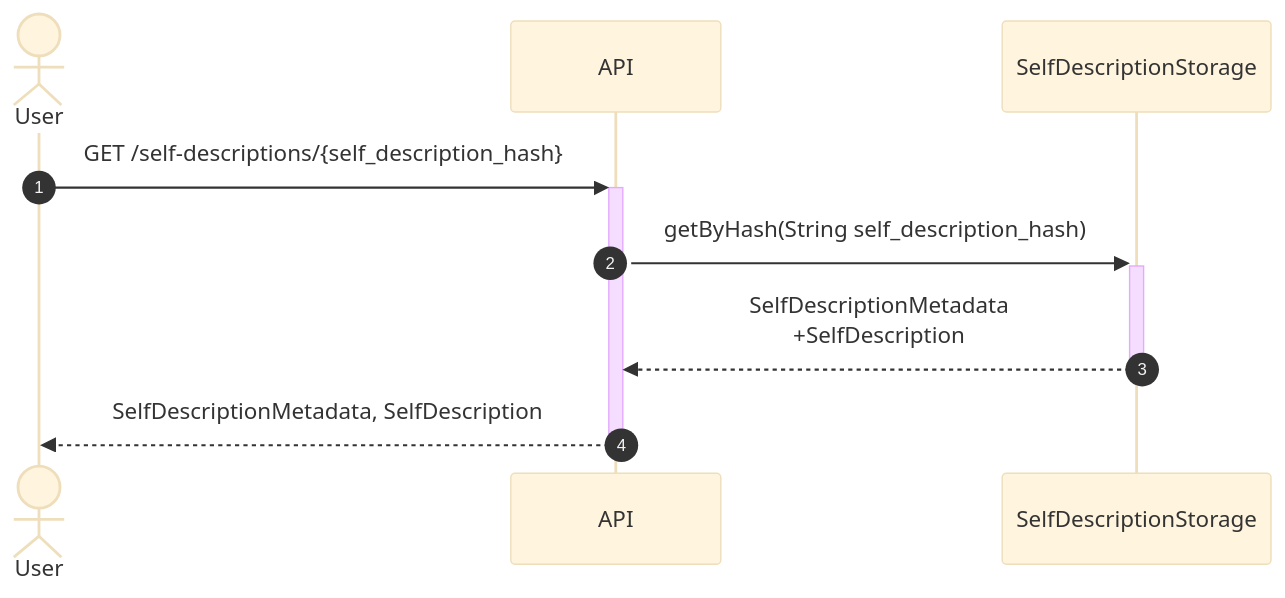
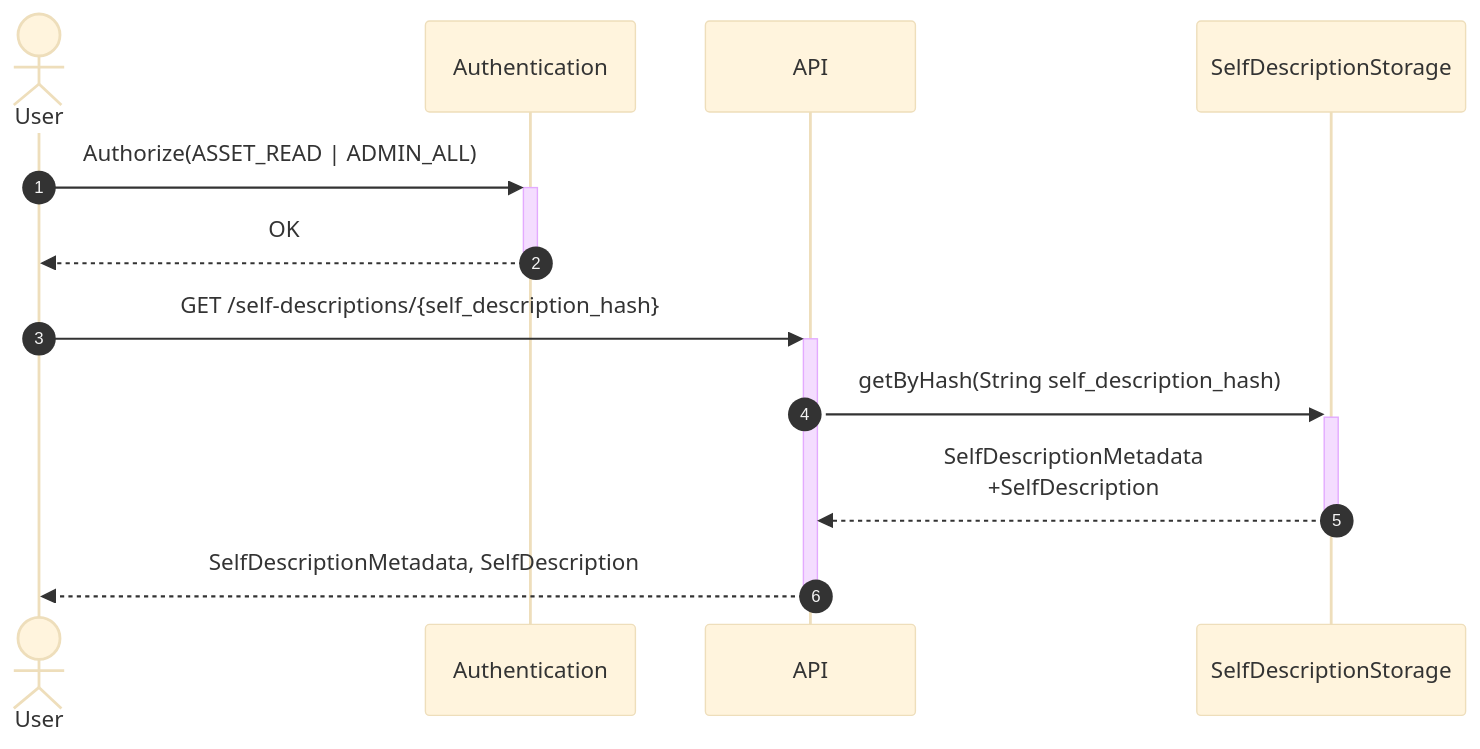
One commit to federated-catalogue-enhancements-2026/docs changed diagram 16 of 34 in federated-catalogue/src/docs/architecture/chapters/06_runtime_view.adoc. Above: the diagram before and after it, drawn with Mermaid (base theme). The commit also changed other lines of this file and 2 other files, not shown here.

```diff
--- a/federated-catalogue/src/docs/architecture/chapters/06_runtime_view.adoc
+++ b/federated-catalogue/src/docs/architecture/chapters/06_runtime_view.adoc
@@ -552,12 +558,15 @@
 [mermaid, width=2000]
 ....
 sequenceDiagram
     autonumber
     actor User
+    participant Auth as Authentication
     participant API
     participant SDStore as SelfDescriptionStorage
+    User ->> + Auth:Authorize(ASSET_READ | ADMIN_ALL)
+    Auth -->> - User:OK
     User ->> + API:GET /self-descriptions/{self_description_hash}
     API ->> + SDStore: getByHash(String self_description_hash)
     SDStore -->> - API: SelfDescriptionMetadata<br>+SelfDescription
     API -->> - User:SelfDescriptionMetadata, SelfDescription
 ....
```
